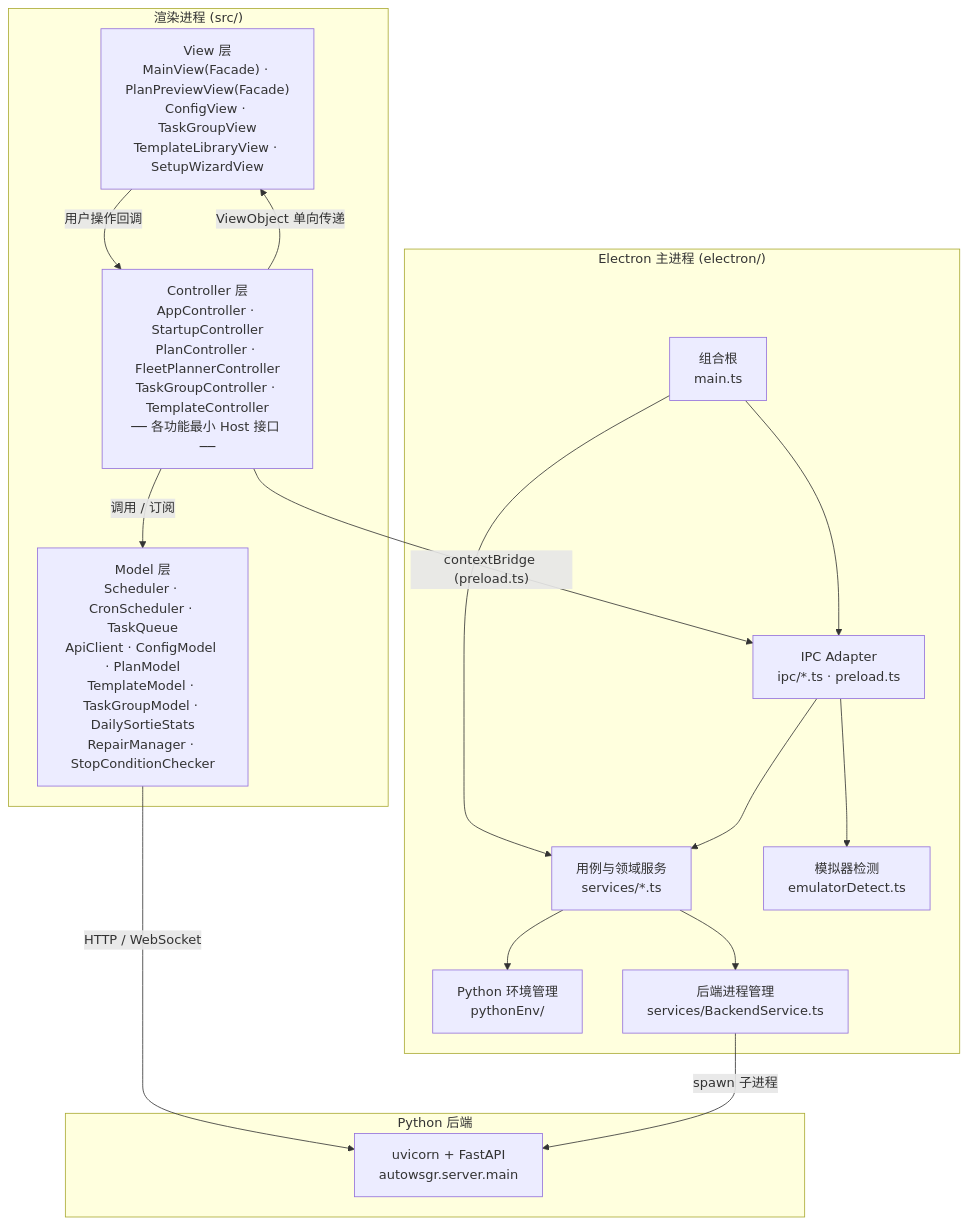
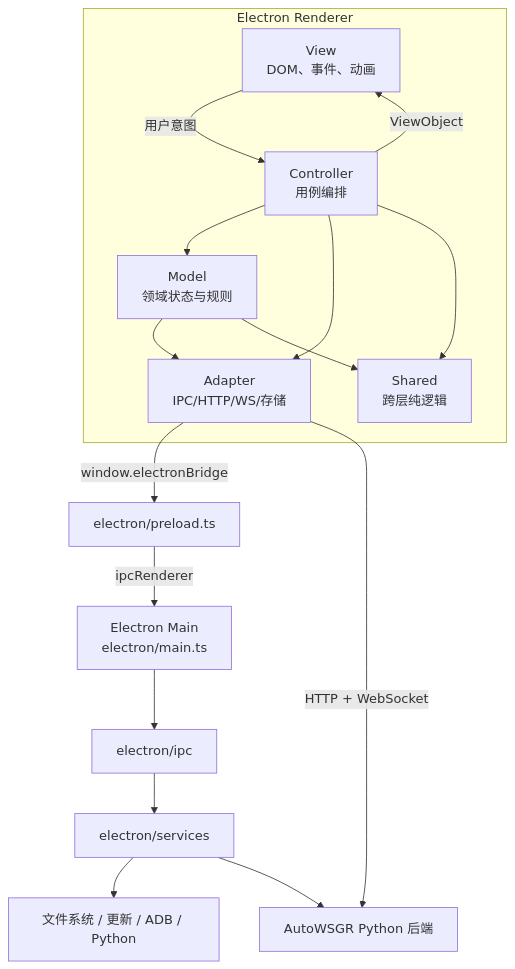
One commit to ShiinaKuroko/AutoWSGR-GUI changed the diagram in docs/architecture/00-overview.md. Above: the diagram before and after it, drawn with Mermaid. The commit also changed other lines of this file and 36 other files, not shown here.

Commit message:
docs: align agent guidance and architecture references

````diff
--- a/docs/architecture/00-overview.md
+++ b/docs/architecture/00-overview.md
@@ -15,34 +20,25 @@
 ```mermaid
-graph TB
-  subgraph Renderer["渲染进程 (src/)"]
-    View["View 层<br/>MainView(Facade) · PlanPreviewView(Facade)<br/>ConfigView · TaskGroupView<br/>TemplateLibraryView · SetupWizardView"]
-    Controller["Controller 层<br/>AppController · StartupController<br/>PlanController · FleetPlannerController<br/>TaskGroupController · TemplateController<br/>── 各功能最小 Host 接口 ──"]
-    Model["Model 层<br/>Scheduler · CronScheduler · TaskQueue<br/>ApiClient · ConfigModel · PlanModel<br/>TemplateModel · TaskGroupModel · DailySortieStats<br/>RepairManager · StopConditionChecker"]
+flowchart TB
+  subgraph Renderer["Electron Renderer"]
+    View["View<br/>DOM、事件、动画"]
+    Controller["Controller<br/>用例编排"]
+    Model["Model<br/>领域状态与规则"]
+    Adapter["Adapter<br/>IPC/HTTP/WS/存储"]
+    Shared["Shared<br/>跨层纯逻辑"]
+    View -->|"用户意图"| Controller
+    Controller -->|"ViewObject"| View
+    Controller --> Model
+    Model --> Adapter
+    Controller --> Adapter
+    Controller --> Shared
+    Model --> Shared
   end
 
-  subgraph Main["Electron 主进程 (electron/)"]
-    Root["组合根<br/>main.ts"]
-    IPC["IPC Adapter<br/>ipc/*.ts · preload.ts"]
-    Service["用例与领域服务<br/>services/*.ts"]
-    PyEnv["Python 环境管理<br/>pythonEnv/"]
-    Backend["后端进程管理<br/>services/BackendService.ts"]
-    Emulator["模拟器检测<br/>emulatorDetect.ts"]
-  end
-
-  subgraph PythonBackend["Python 后端"]
-    ASGI["uvicorn + FastAPI<br/>autowsgr.server.main"]
-  end
-
-  View -->|"用户操作回调"| Controller
-  Controller -->|"ViewObject 单向传递"| View
-  Controller -->|"调用 / 订阅"| Model
-  Model -->|"HTTP / WebSocket"| ASGI
-  Controller -->|"contextBridge (preload.ts)"| IPC
-  Root --> IPC
-  Root --> Service
-  IPC --> Service
-  Service --> PyEnv
-  Service --> Backend
-  IPC --> Emulator
-  Backend -->|"spawn 子进程"| ASGI
+  Adapter -->|"window.electronBridge"| Preload["electron/preload.ts"]
+  Preload -->|"ipcRenderer"| Main["Electron Main<br/>electron/main.ts"]
+  Main --> IPC["electron/ipc"]
+  IPC --> Service["electron/services"]
+  Service --> FS["文件系统 / 更新 / ADB / Python"]
+  Service --> Backend["AutoWSGR Python 后端"]
+  Adapter -->|"HTTP + WebSocket"| Backend
 ```
````
